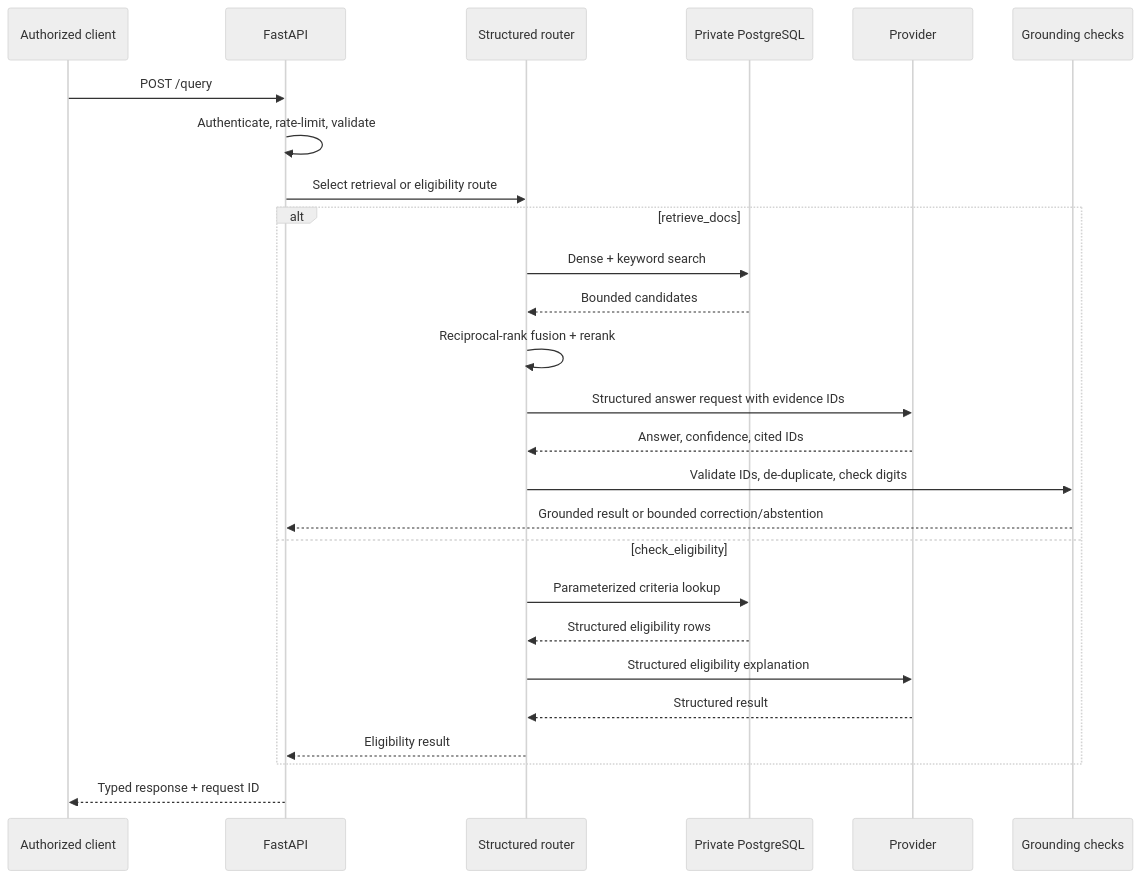
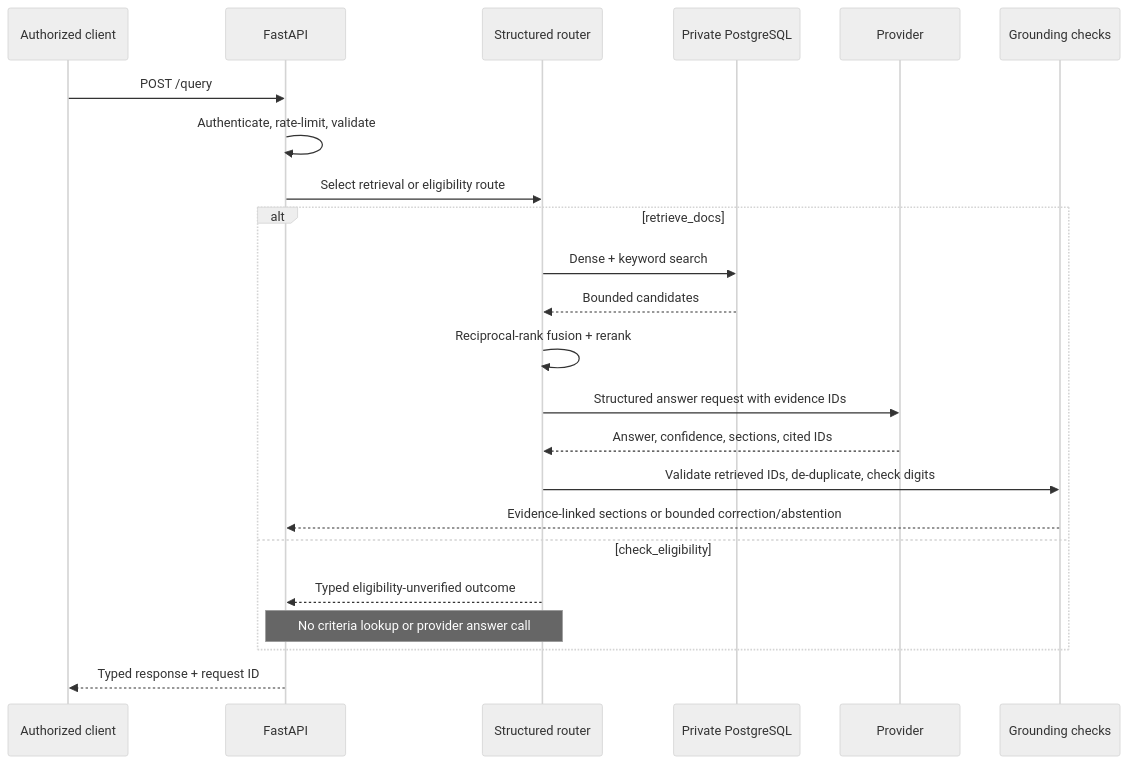
Before and after one commit to Rajdeep1212/setu-intelligence-workspace: the second of 2 diagrams in docs/architecture.md, drawn with Mermaid (neutral theme). The commit also changed other lines of this file and 31 other files, not shown here.

Commit message:
Align SETU eligibility and evidence trust

````diff
--- a/docs/architecture.md
+++ b/docs/architecture.md
@@ -55,29 +55,26 @@
 ```mermaid
 sequenceDiagram
     participant Client as Authorized client
     participant API as FastAPI
     participant Router as Structured router
     participant Store as Private PostgreSQL
     participant Model as Provider
     participant Guard as Grounding checks
 
     Client->>API: POST /query
     API->>API: Authenticate, rate-limit, validate
     API->>Router: Select retrieval or eligibility route
     alt retrieve_docs
         Router->>Store: Dense + keyword search
         Store-->>Router: Bounded candidates
         Router->>Router: Reciprocal-rank fusion + rerank
         Router->>Model: Structured answer request with evidence IDs
-        Model-->>Router: Answer, confidence, cited IDs
-        Router->>Guard: Validate IDs, de-duplicate, check digits
-        Guard-->>API: Grounded result or bounded correction/abstention
+        Model-->>Router: Answer, confidence, sections, cited IDs
+        Router->>Guard: Validate retrieved IDs, de-duplicate, check digits
+        Guard-->>API: Evidence-linked sections or bounded correction/abstention
     else check_eligibility
-        Router->>Store: Parameterized criteria lookup
-        Store-->>Router: Structured eligibility rows
-        Router->>Model: Structured eligibility explanation
-        Model-->>Router: Structured result
-        Router-->>API: Eligibility result
+        Router-->>API: Typed eligibility-unverified outcome
+        Note over Router,API: No criteria lookup or provider answer call
     end
     API-->>Client: Typed response + request ID
 ```
````
